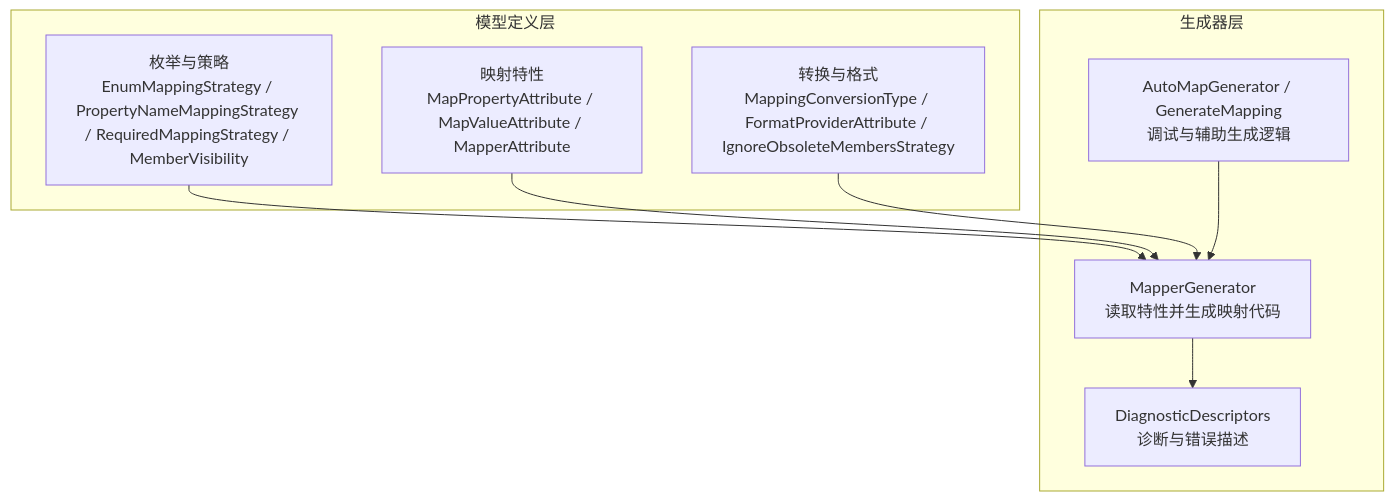
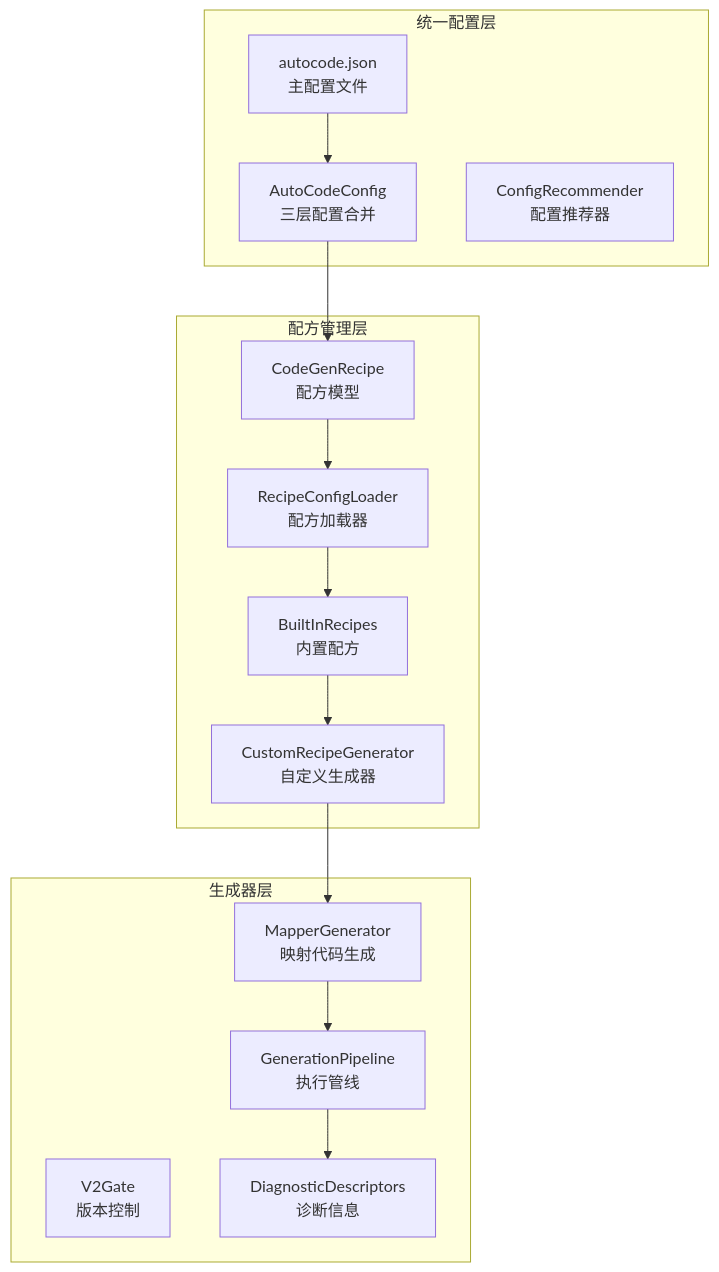
The first of 12 diagrams in .qoder/repowiki/zh/content/源代码生成器/生成器配置/生成器配置.md (alivy/AutoCode), drawn with Mermaid before and after one commit. The commit also changed other lines of this file and 279 other files, not shown here.

````diff
--- a/.qoder/repowiki/zh/content/源代码生成器/生成器配置/生成器配置.md
+++ b/.qoder/repowiki/zh/content/源代码生成器/生成器配置/生成器配置.md
@@ -52,18 +68,28 @@
 ```mermaid
 graph TB
-subgraph "模型定义层"
-A["枚举与策略<br/>EnumMappingStrategy / PropertyNameMappingStrategy / RequiredMappingStrategy / MemberVisibility"]
-B["映射特性<br/>MapPropertyAttribute / MapValueAttribute / MapperAttribute"]
-C["转换与格式<br/>MappingConversionType / FormatProviderAttribute / IgnoreObsoleteMembersStrategy"]
+subgraph "统一配置层"
+A["autocode.json<br/>主配置文件"]
+B["AutoCodeConfig<br/>三层配置合并"]
+C["ConfigRecommender<br/>配置推荐器"]
+end
+subgraph "配方管理层"
+D["CodeGenRecipe<br/>配方模型"]
+E["RecipeConfigLoader<br/>配方加载器"]
+F["BuiltInRecipes<br/>内置配方"]
+G["CustomRecipeGenerator<br/>自定义生成器"]
 end
 subgraph "生成器层"
-D["MapperGenerator<br/>读取特性并生成映射代码"]
-E["AutoMapGenerator / GenerateMapping<br/>调试与辅助生成逻辑"]
-F["DiagnosticDescriptors<br/>诊断与错误描述"]
+H["MapperGenerator<br/>映射代码生成"]
+I["V2Gate<br/>版本控制"]
+J["GenerationPipeline<br/>执行管线"]
+K["DiagnosticDescriptors<br/>诊断信息"]
 end
-A --> D
+A --> B
 B --> D
-C --> D
-D --> F
-E --> D
+D --> E
+E --> F
+F --> G
+G --> H
+H --> J
+J --> K
 ```
````
